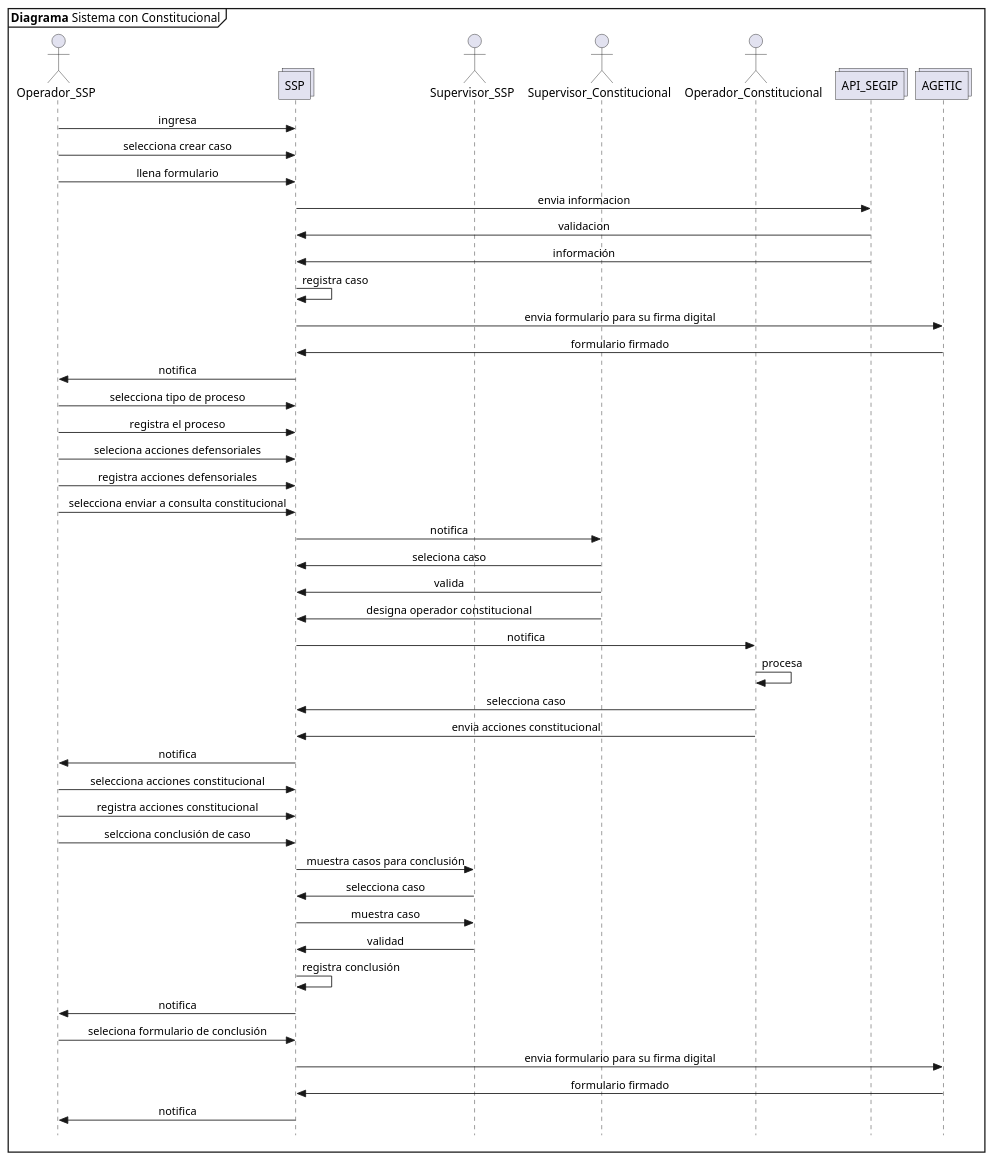
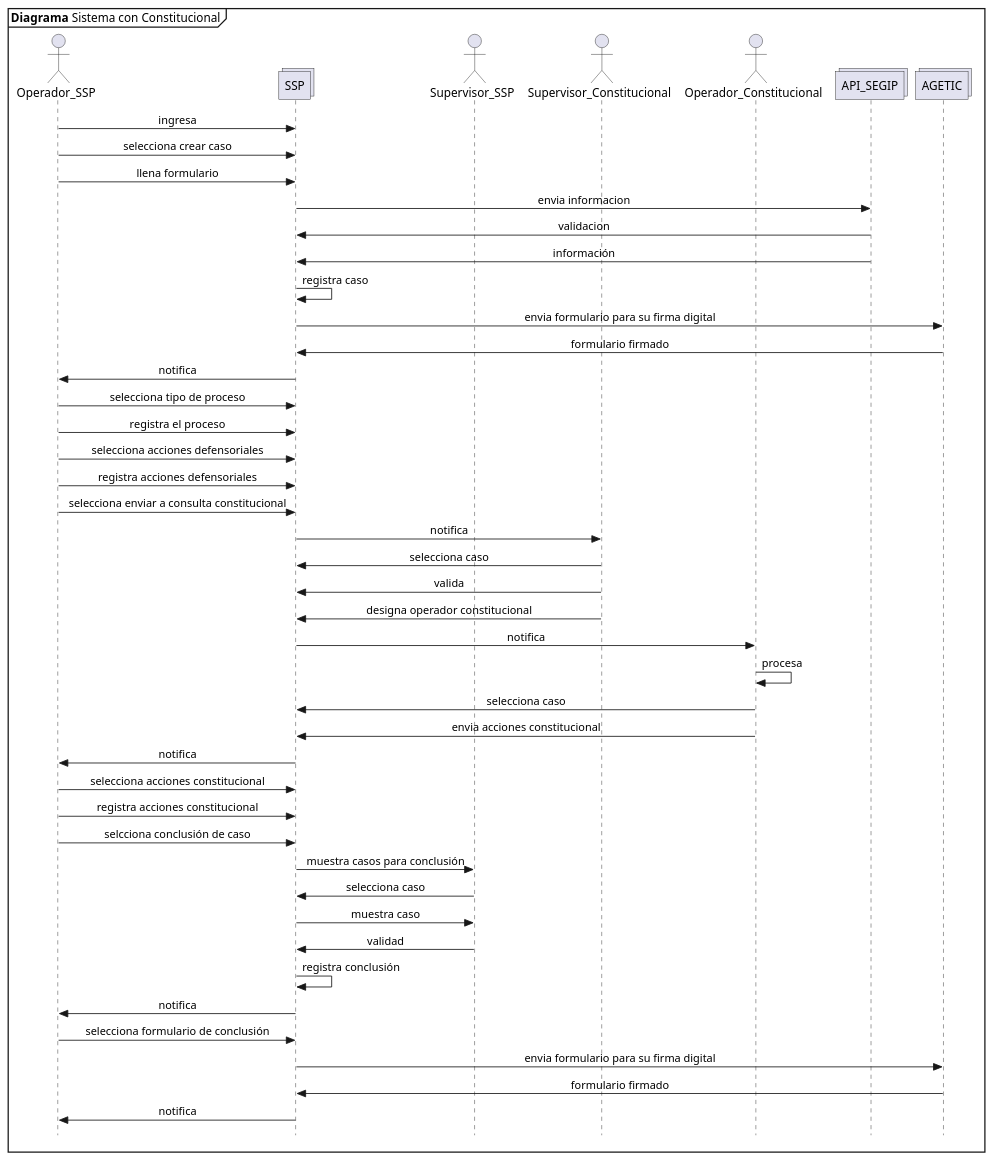
The diagram in propuesta SSP/07 registro de casos con constitucional.plantuml (n1m0d0/defdiag), drawn with PlantUML before and after one commit. The commit also changed 7 other files, not shown here.

```diff
--- a/propuesta SSP/07 registro de casos con constitucional.plantuml
+++ b/propuesta SSP/07 registro de casos con constitucional.plantuml
@@ -1,53 +1,53 @@
 @startuml Diagrama_Sistema
 skinparam Style strictuml
 skinparam SequenceMessageAlignment center
 
 mainframe **Diagrama** Sistema con Constitucional
 
 actor Operador_SSP as opssp
 collections SSP
 actor Supervisor_SSP as supssp
 actor Supervisor_Constitucional as supconsti
 actor Operador_Constitucional as opconsti
 collections API_SEGIP as segip
 collections AGETIC as agetic
 
 opssp->SSP: ingresa
 opssp->SSP: selecciona crear caso
 opssp->SSP: llena formulario
 SSP->segip: envia informacion
 segip->SSP: validacion
 segip->SSP: información
 SSP->SSP: registra caso
 SSP->agetic: envia formulario para su firma digital
 agetic->SSP: formulario firmado 
 SSP->opssp: notifica
 opssp->SSP: selecciona tipo de proceso
 opssp->SSP: registra el proceso
-opssp->SSP: seleciona acciones defensoriales
+opssp->SSP: selecciona acciones defensoriales
 opssp->SSP: registra acciones defensoriales
 opssp->SSP: selecciona enviar a consulta constitucional
 SSP->supconsti: notifica
-supconsti->SSP: seleciona caso
+supconsti->SSP: selecciona caso
 supconsti->SSP: valida
 supconsti->SSP: designa operador constitucional
 SSP->opconsti: notifica
 opconsti->opconsti: procesa
 opconsti->SSP: selecciona caso
 opconsti->SSP: envia acciones constitucional
 SSP->opssp: notifica
 opssp->SSP: selecciona acciones constitucional
 opssp->SSP: registra acciones constitucional
 opssp->SSP: selcciona conclusión de caso
 SSP->supssp: muestra casos para conclusión
 supssp->SSP: selecciona caso
 SSP->supssp: muestra caso
 supssp->SSP: validad
 SSP->SSP: registra conclusión
 SSP->opssp: notifica
-opssp->SSP: seleciona formulario de conclusión
+opssp->SSP: selecciona formulario de conclusión
 SSP->agetic: envia formulario para su firma digital
 agetic->SSP: formulario firmado
 SSP->opssp: notifica
 
 @enduml
```
